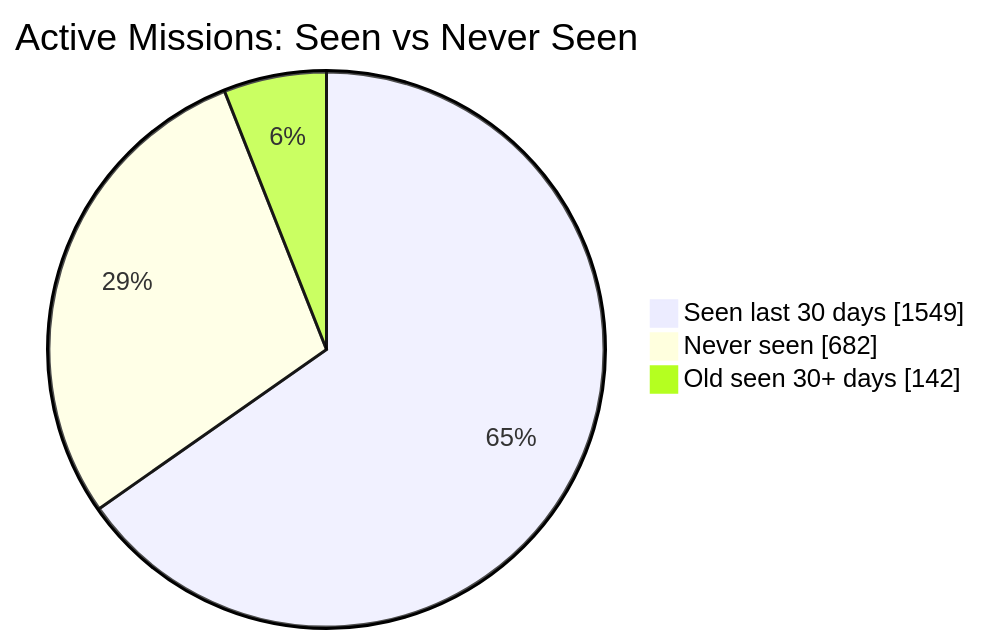
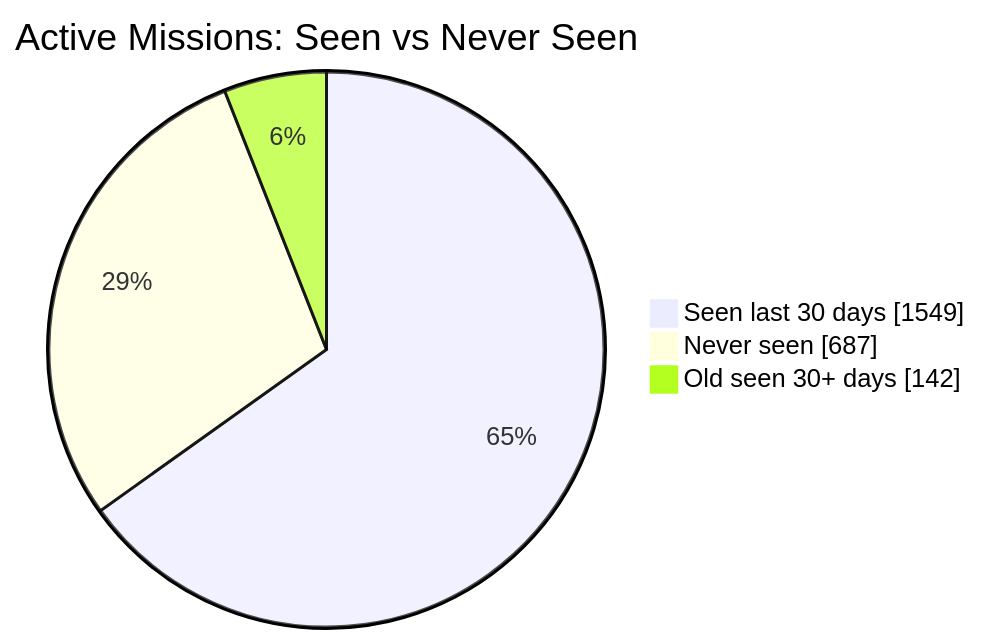
One commit to MeldkamerspelGameTeam/active-missions changed the first of 2 diagrams in README.md. Above: the diagram before and after it, drawn with Mermaid. The commit also changed other lines of this file and 4 other files, not shown here.

````diff
--- a/README.md
+++ b/README.md
@@ -34,7 +34,7 @@
 ```mermaid
 pie showData
     title Active Missions: Seen vs Never Seen
     "Seen last 30 days" : 1549
-    "Never seen" : 682
+    "Never seen" : 687
     "Old seen 30+ days" : 142
 ```
````
